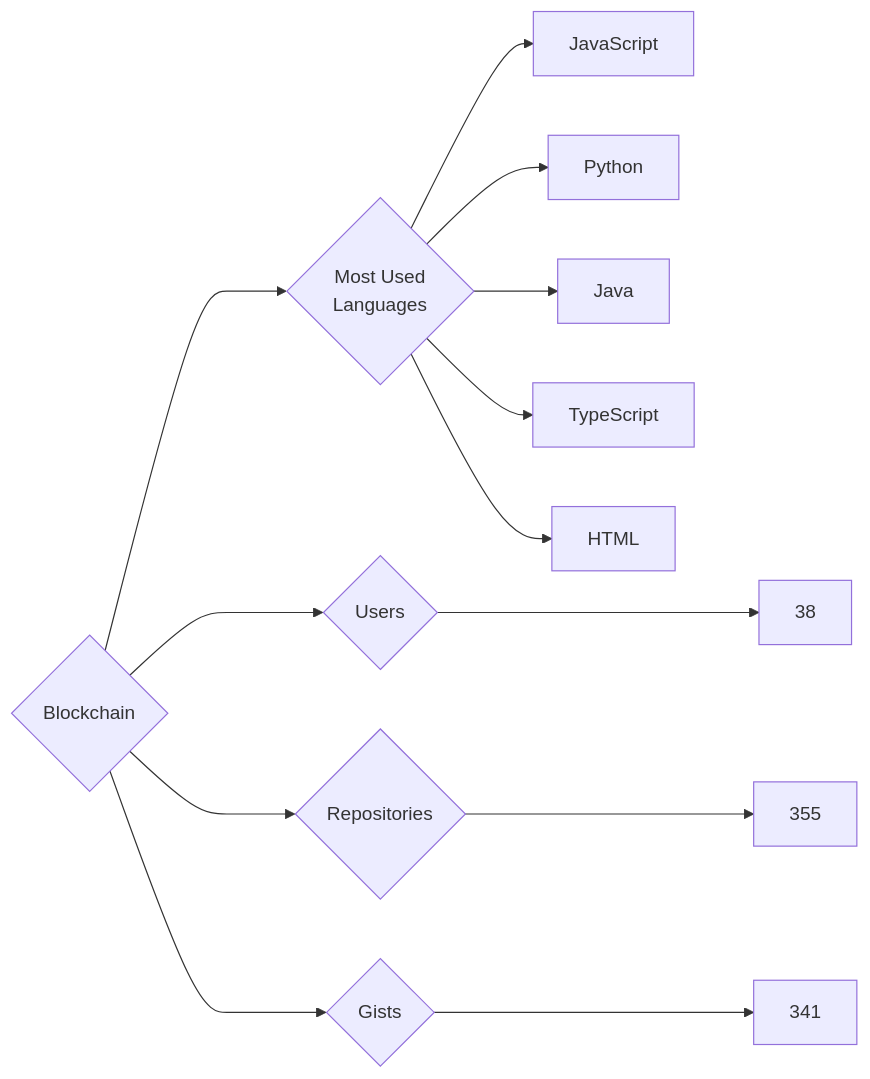
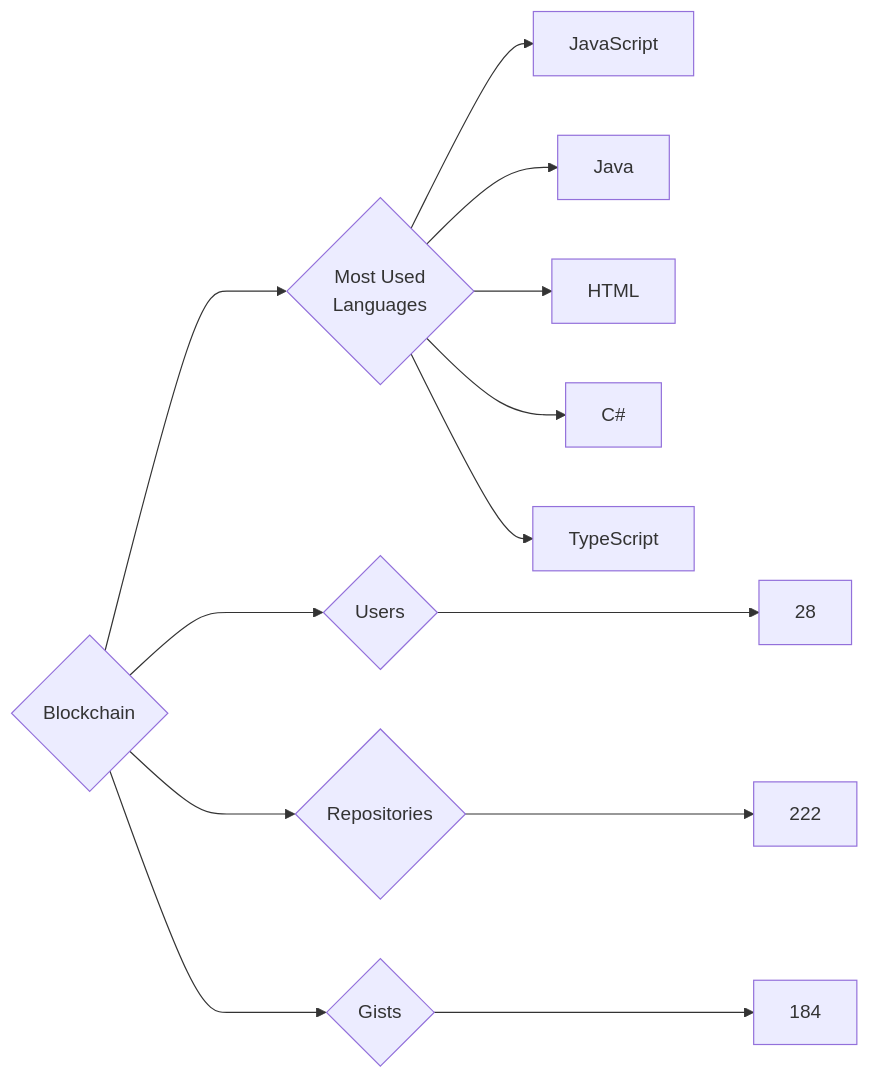
Before and after one commit to trickest/insiders: the diagram in targets/Blockchain/README.md, drawn with Mermaid. The commit also changed 927 other files, not shown here.

````diff
--- a/targets/Blockchain/README.md
+++ b/targets/Blockchain/README.md
@@ -3,13 +3,13 @@
 ```mermaid
 graph LR
 COMPANY_NAME{Blockchain}
-COMPANY_NAME ---> U{Users} ---> UN[38]
-COMPANY_NAME ---> R{Repositories} ---> RN[355]
-COMPANY_NAME ---> G{Gists} ---> GN[341]
+COMPANY_NAME ---> U{Users} ---> UN[28]
+COMPANY_NAME ---> R{Repositories} ---> RN[222]
+COMPANY_NAME ---> G{Gists} ---> GN[184]
 COMPANY_NAME ---> ML{Most Used<br>Languages}
 ML --> JavaScript[JavaScript]
-ML --> Python[Python]
 ML --> Java[Java]
+ML --> HTML[HTML]
+ML --> C#[C#]
 ML --> TypeScript[TypeScript]
-ML --> HTML[HTML]
 ```
````
